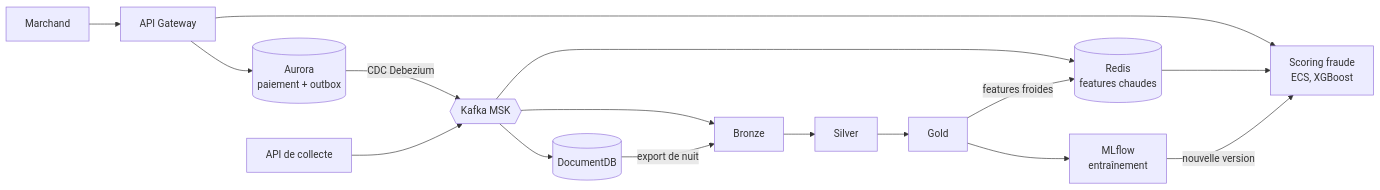
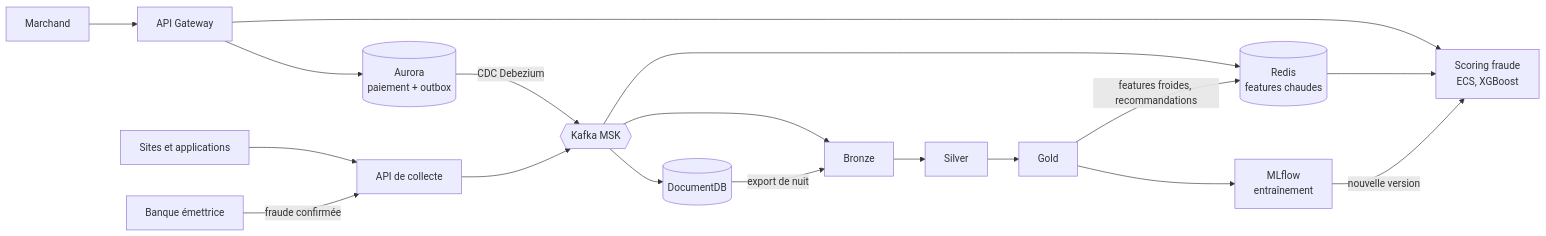
The diagram in Bloc 2/README.md (RonanGuillou-hub/Certification_RNCP41993), drawn with Mermaid before and after one commit. The commit also changed other lines of this file and 15 other files, not shown here.

````diff
--- a/Bloc 2/README.md
+++ b/Bloc 2/README.md
@@ -40,16 +42,18 @@
 ```mermaid
 flowchart LR
     M[Marchand] --> API[API Gateway] --> S[Scoring fraude<br/>ECS, XGBoost]
     R[(Redis<br/>features chaudes)] --> S
     API --> A[(Aurora<br/>paiement + outbox)]
     A -->|CDC Debezium| K{{Kafka MSK}}
-    C[API de collecte] --> K
+    W[Sites et applications] --> C[API de collecte]
+    BQ[Banque émettrice] -->|fraude confirmée| C
+    C --> K
     K --> R
     K --> B[Bronze]
     K --> D[(DocumentDB)]
     D -->|export de nuit| B
     B --> SI[Silver] --> G[Gold]
     G --> ML[MLflow<br/>entraînement]
-    G -->|features froides| R
+    G -->|"features froides, recommandations"| R
     ML -->|nouvelle version| S
 ```
````
